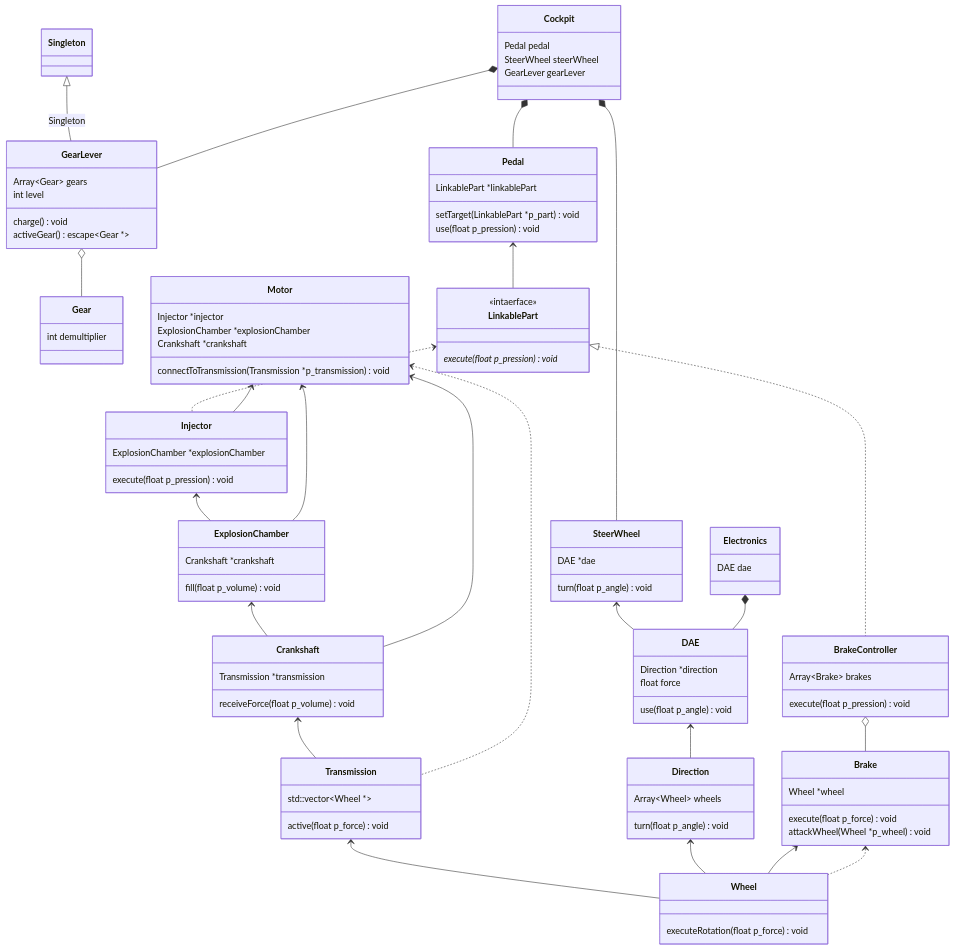
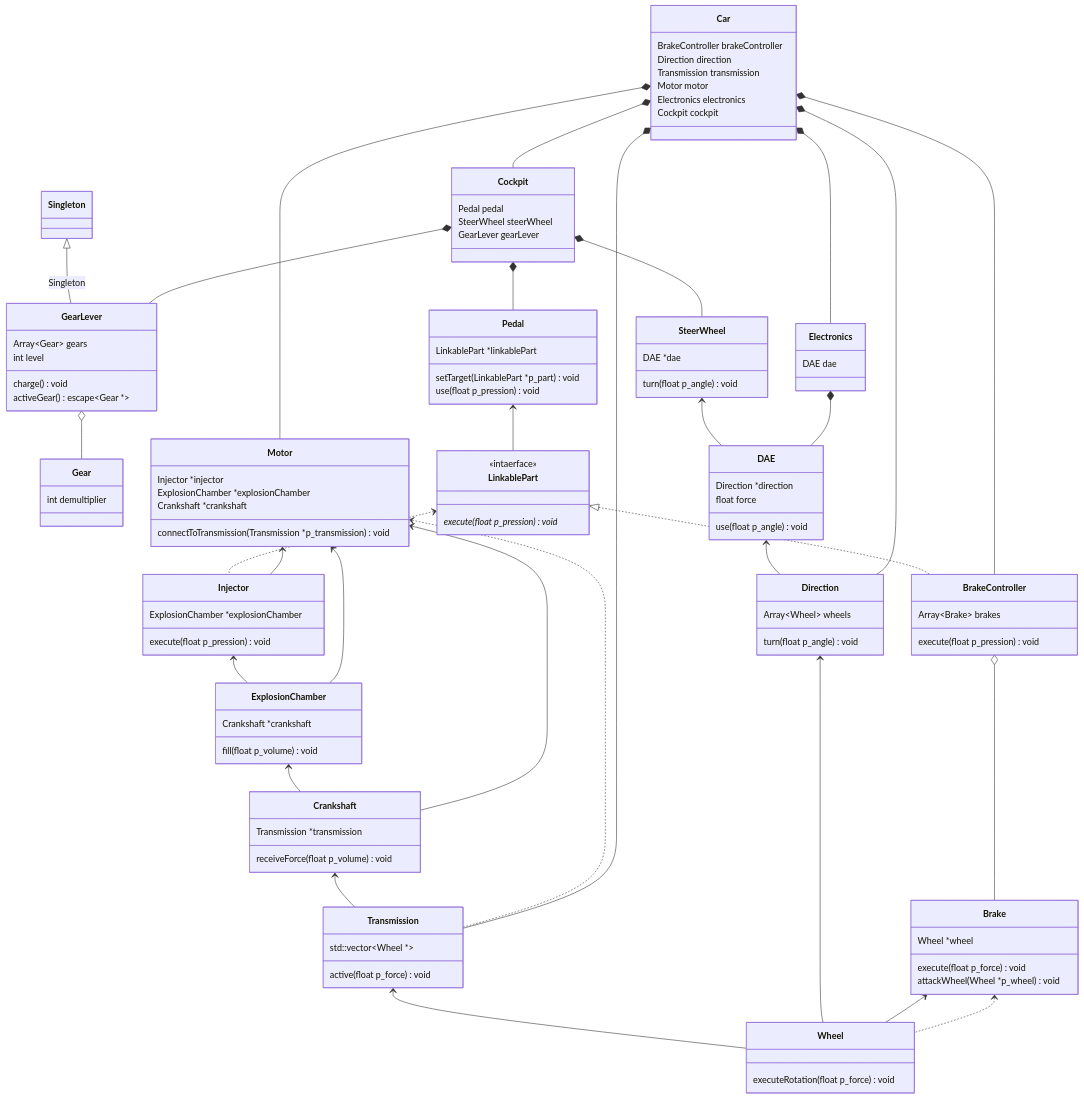
The diagram in subject.md (PalmNeko/piscine-object02-UML), drawn with Mermaid before and after one commit.

Commit message:
add: Car

````diff
--- a/subject.md
+++ b/subject.md
@@ -39,6 +39,13 @@
     Cockpit *--GearLever
 
     Electronics *-- DAE
+
+    Car *-- BrakeController
+    Car *-- Direction
+    Car *-- Transmission
+    Car *-- Motor
+    Car *-- Electronics
+    Car *-- Cockpit
 
     class LinkablePart {
         <<intaerface>>
@@ -133,4 +140,13 @@
     class Electronics {
         DAE dae
     }
+
+    class Car {
+        BrakeController brakeController
+        Direction direction
+        Transmission transmission
+        Motor motor
+        Electronics electronics
+        Cockpit cockpit
+    }
 ```
````
